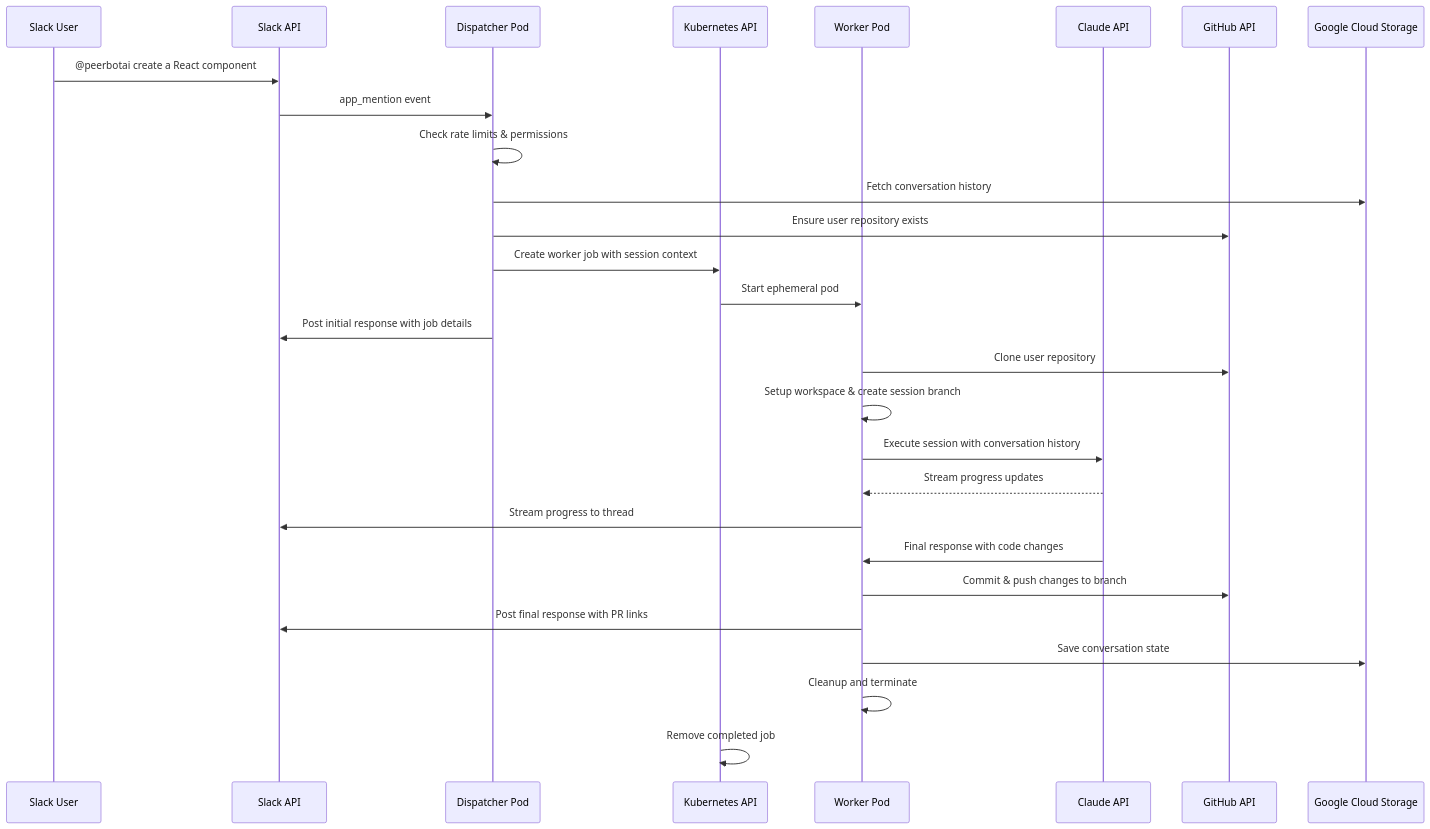
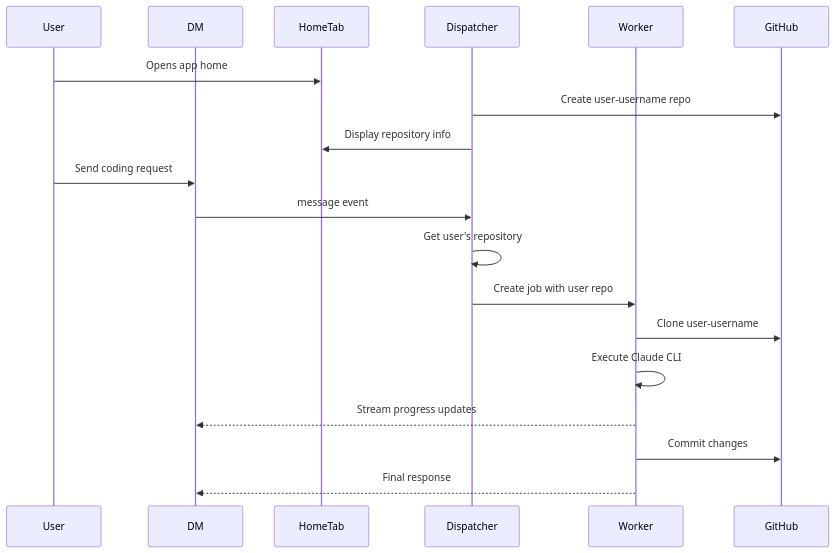
The third of 8 diagrams in ARCHITECTURE.md (buremba/claude-code-slack), drawn with Mermaid before and after one commit. The commit also changed other lines of this file and 2 other files, not shown here.

First line of the commit message:
docs: Revise architecture documentation and remove outdated file

````diff
--- a/ARCHITECTURE.md
+++ b/ARCHITECTURE.md
@@ -103,32 +99,22 @@
 ```mermaid
 sequenceDiagram
-    participant User as Slack User
-    participant Slack as Slack API
-    participant Dispatcher as Dispatcher Pod
-    participant K8s as Kubernetes API
-    participant Worker as Worker Pod
-    participant Claude as Claude API
-    participant GitHub as GitHub API
-    participant GCS as Google Cloud Storage
+    participant User
+    participant DM
+    participant HomeTab
+    participant Dispatcher
+    participant Worker
+    participant GitHub
 
-    User->>Slack: @peerbotai create a React component
-    Slack->>Dispatcher: app_mention event
-    Dispatcher->>Dispatcher: Check rate limits & permissions
-    Dispatcher->>GCS: Fetch conversation history
-    Dispatcher->>GitHub: Ensure user repository exists
-    Dispatcher->>K8s: Create worker job with session context
-    K8s->>Worker: Start ephemeral pod
-    Dispatcher->>Slack: Post initial response with job details
-    
-    Worker->>GitHub: Clone user repository
-    Worker->>Worker: Setup workspace & create session branch
-    Worker->>Claude: Execute session with conversation history
-    Claude-->>Worker: Stream progress updates
-    Worker->>Slack: Stream progress to thread
-    Claude->>Worker: Final response with code changes
-    Worker->>GitHub: Commit & push changes to branch
-    Worker->>Slack: Post final response with PR links
-    Worker->>GCS: Save conversation state
-    Worker->>Worker: Cleanup and terminate
-    K8s->>K8s: Remove completed job
+    User->>HomeTab: Opens app home
+    Dispatcher->>GitHub: Create user-username repo
+    Dispatcher->>HomeTab: Display repository info
+    User->>DM: Send coding request
+    DM->>Dispatcher: message event
+    Dispatcher->>Dispatcher: Get user's repository
+    Dispatcher->>Worker: Create job with user repo
+    Worker->>GitHub: Clone user-username
+    Worker->>Worker: Execute Claude CLI
+    Worker-->>DM: Stream progress updates
+    Worker->>GitHub: Commit changes
+    Worker-->>DM: Final response
 ```
````
